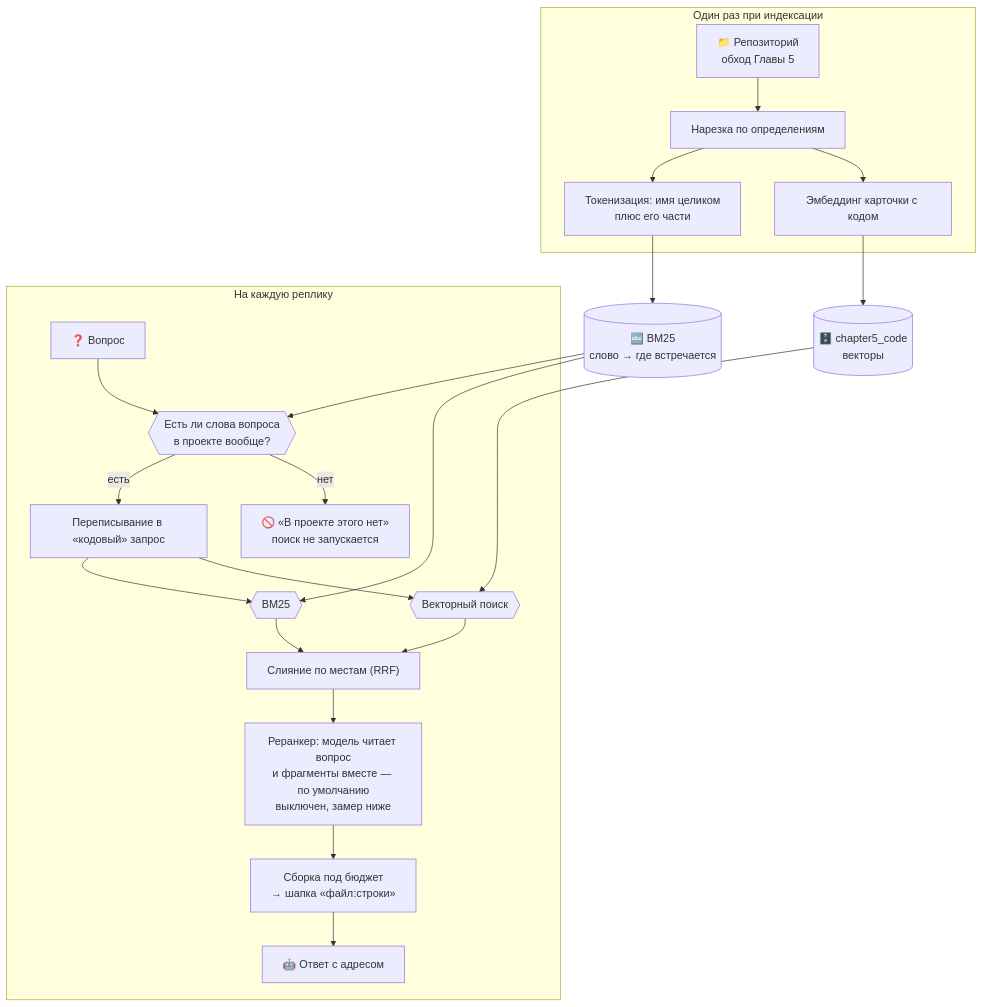
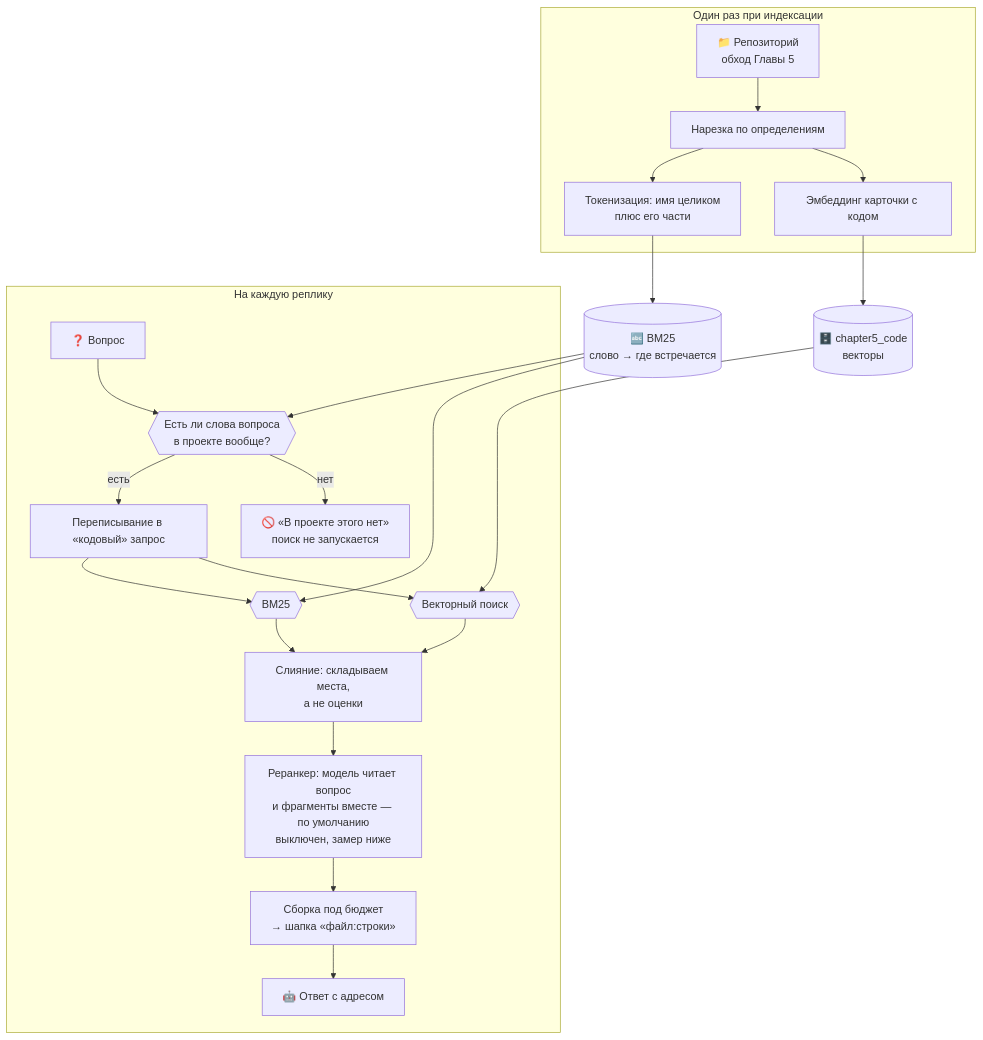
The diagram in chapter6/README.md (io982/firstAgent), drawn with Mermaid before and after one commit. The commit also changed other lines of this file, not shown here.

````diff
--- a/chapter6/README.md
+++ b/chapter6/README.md
@@ -15,30 +15,30 @@
 ```mermaid
 graph TD
     subgraph IDX["Один раз при индексации"]
         Repo["📁 Репозиторий<br/>обход Главы 5"]
         Repo --> Cut["Нарезка по определениям"]
         Cut --> EmbD["Эмбеддинг карточки с кодом"]
         Cut --> Tok["Токенизация: имя целиком<br/>плюс его части"]
     end
 
     EmbD --> DB[("🗄️ chapter5_code<br/>векторы")]
     Tok --> BM[("🔤 BM25<br/>слово → где встречается")]
 
     subgraph RUN["На каждую реплику"]
         Q["❓ Вопрос"]
         Q --> Gate{{"Есть ли слова вопроса<br/>в проекте вообще?"}}
         Gate -->|"нет"| No["🚫 «В проекте этого нет»<br/>поиск не запускается"]
         Gate -->|"есть"| RW["Переписывание в «кодовый» запрос"]
         RW --> V{{"Векторный поиск"}}
         RW --> L{{"BM25"}}
-        V --> F["Слияние по местам (RRF)"]
+        V --> F["Слияние: складываем места,<br/>а не оценки"]
         L --> F
         F --> RR["Реранкер: модель читает вопрос<br/>и фрагменты вместе — по умолчанию<br/>выключен, замер ниже"]
         RR --> Pack["Сборка под бюджет<br/>→ шапка «файл:строки»"]
         Pack --> LLM["🤖 Ответ с адресом"]
     end
 
     DB --> V
     BM --> L
     BM --> Gate
 ```
````
